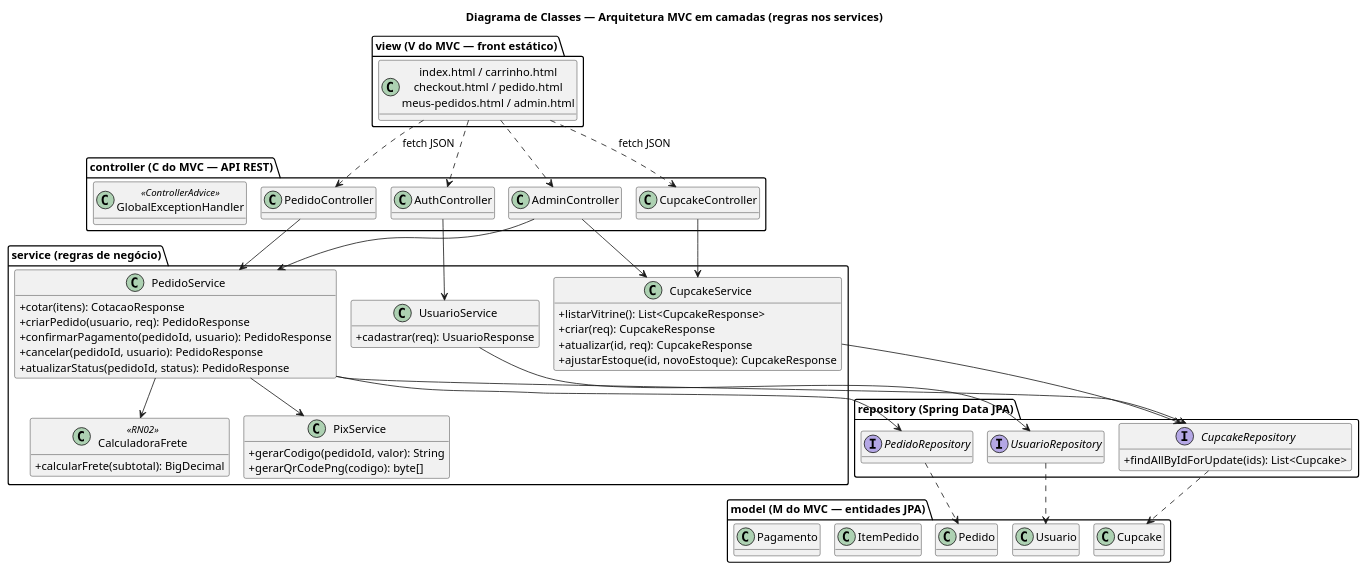
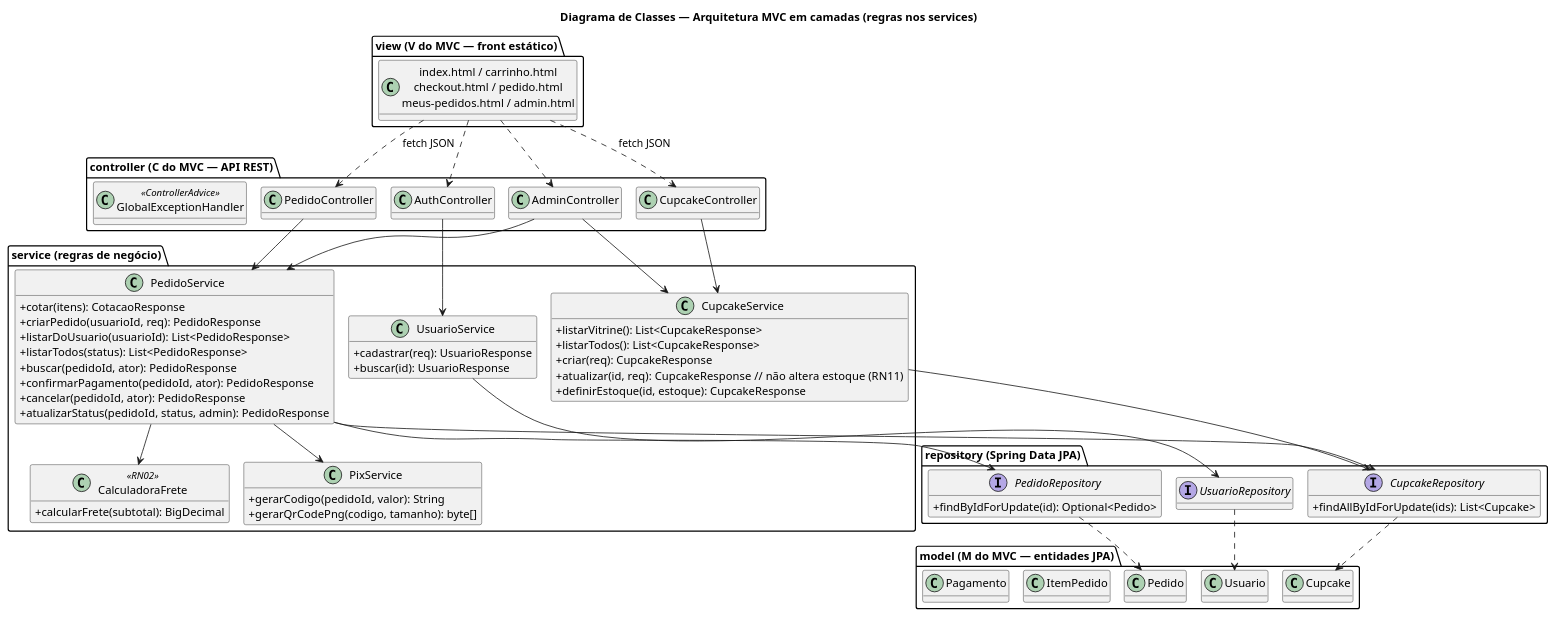
One commit to joaostavares/cupcake-store changed the diagram in docs/situacao-1/uml/03-classes-camadas.puml. Above: the diagram before and after it, drawn with PlantUML. The commit also changed 185 other files, not shown here.

```diff
--- a/docs/situacao-1/uml/03-classes-camadas.puml
+++ b/docs/situacao-1/uml/03-classes-camadas.puml
@@ -1,75 +1,82 @@
 @startuml classes-camadas
 !pragma layout smetana
 title Diagrama de Classes — Arquitetura MVC em camadas (regras nos services)
 skinparam classAttributeIconSize 0
 hide empty fields
 
 package "controller (C do MVC — API REST)" {
   class CupcakeController
   class AuthController
   class PedidoController
   class AdminController
   class GlobalExceptionHandler <<ControllerAdvice>>
 }
 package "service (regras de negócio)" {
   class CupcakeService {
     +listarVitrine(): List<CupcakeResponse>
+    +listarTodos(): List<CupcakeResponse>
     +criar(req): CupcakeResponse
-    +atualizar(id, req): CupcakeResponse
-    +ajustarEstoque(id, novoEstoque): CupcakeResponse
+    +atualizar(id, req): CupcakeResponse  // não altera estoque (RN11)
+    +definirEstoque(id, estoque): CupcakeResponse
   }
   class UsuarioService {
     +cadastrar(req): UsuarioResponse
+    +buscar(id): UsuarioResponse
   }
   class PedidoService {
     +cotar(itens): CotacaoResponse
-    +criarPedido(usuario, req): PedidoResponse
-    +confirmarPagamento(pedidoId, usuario): PedidoResponse
-    +cancelar(pedidoId, usuario): PedidoResponse
-    +atualizarStatus(pedidoId, status): PedidoResponse
+    +criarPedido(usuarioId, req): PedidoResponse
+    +listarDoUsuario(usuarioId): List<PedidoResponse>
+    +listarTodos(status): List<PedidoResponse>
+    +buscar(pedidoId, ator): PedidoResponse
+    +confirmarPagamento(pedidoId, ator): PedidoResponse
+    +cancelar(pedidoId, ator): PedidoResponse
+    +atualizarStatus(pedidoId, status, admin): PedidoResponse
   }
   class CalculadoraFrete <<RN02>> {
     +calcularFrete(subtotal): BigDecimal
   }
   class PixService {
     +gerarCodigo(pedidoId, valor): String
-    +gerarQrCodePng(codigo): byte[]
+    +gerarQrCodePng(codigo, tamanho): byte[]
   }
 }
 package "repository (Spring Data JPA)" {
   interface UsuarioRepository
   interface CupcakeRepository {
     +findAllByIdForUpdate(ids): List<Cupcake>
   }
-  interface PedidoRepository
+  interface PedidoRepository {
+    +findByIdForUpdate(id): Optional<Pedido>
+  }
 }
 package "model (M do MVC — entidades JPA)" {
   class Usuario
   class Cupcake
   class Pedido
   class ItemPedido
   class Pagamento
 }
 package "view (V do MVC — front estático)" {
   class "index.html / carrinho.html\ncheckout.html / pedido.html\nmeus-pedidos.html / admin.html" as Views
 }
 
 Views ..> CupcakeController : fetch JSON
 Views ..> PedidoController : fetch JSON
 Views ..> AuthController
 Views ..> AdminController
 CupcakeController --> CupcakeService
 AdminController --> CupcakeService
 AdminController --> PedidoService
 PedidoController --> PedidoService
 AuthController --> UsuarioService
 PedidoService --> CalculadoraFrete
 PedidoService --> PixService
 PedidoService --> CupcakeRepository
 PedidoService --> PedidoRepository
 CupcakeService --> CupcakeRepository
 UsuarioService --> UsuarioRepository
 CupcakeRepository ..> Cupcake
 PedidoRepository ..> Pedido
 UsuarioRepository ..> Usuario
 @enduml
```
